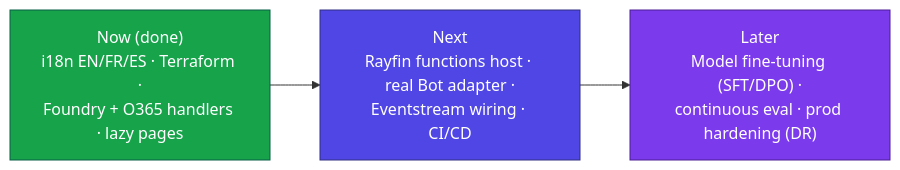
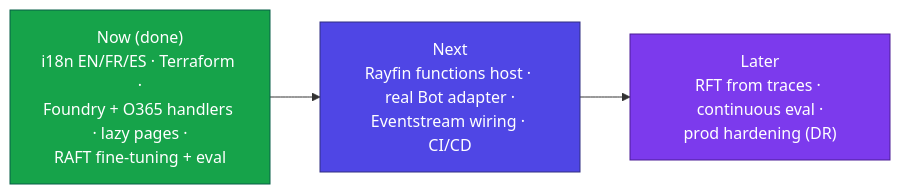
One commit to EtienneSIG/Fabric_Fraud_analysis changed the diagram in docs/innovations-and-roadmap.md. Above: the diagram before and after it, drawn with Mermaid. The commit also changed other lines of this file and 81 other files, not shown here.

First line of the commit message:
feat(raft): add Retrieval-Augmented Fine-Tuning for AML investigation

````diff
--- a/docs/innovations-and-roadmap.md
+++ b/docs/innovations-and-roadmap.md
@@ -37,10 +38,10 @@
 ```mermaid
 flowchart LR
   classDef now fill:#16a34a,color:#fff,stroke:#065f46
   classDef next fill:#4f46e5,color:#fff,stroke:#312e81
   classDef later fill:#7c3aed,color:#fff,stroke:#4c1d95
-  N["Now (done)<br/>i18n EN/FR/ES · Terraform ·<br/>Foundry + O365 handlers · lazy pages"]:::now
+  N["Now (done)<br/>i18n EN/FR/ES · Terraform ·<br/>Foundry + O365 handlers · lazy pages ·<br/>RAFT fine-tuning + eval"]:::now
   X["Next<br/>Rayfin functions host · real Bot adapter ·<br/>Eventstream wiring · CI/CD"]:::next
-  L["Later<br/>Model fine-tuning (SFT/DPO) ·<br/>continuous eval · prod hardening (DR)"]:::later
+  L["Later<br/>RFT from traces · continuous eval ·<br/>prod hardening (DR)"]:::later
   N --> X --> L
 ```
````
